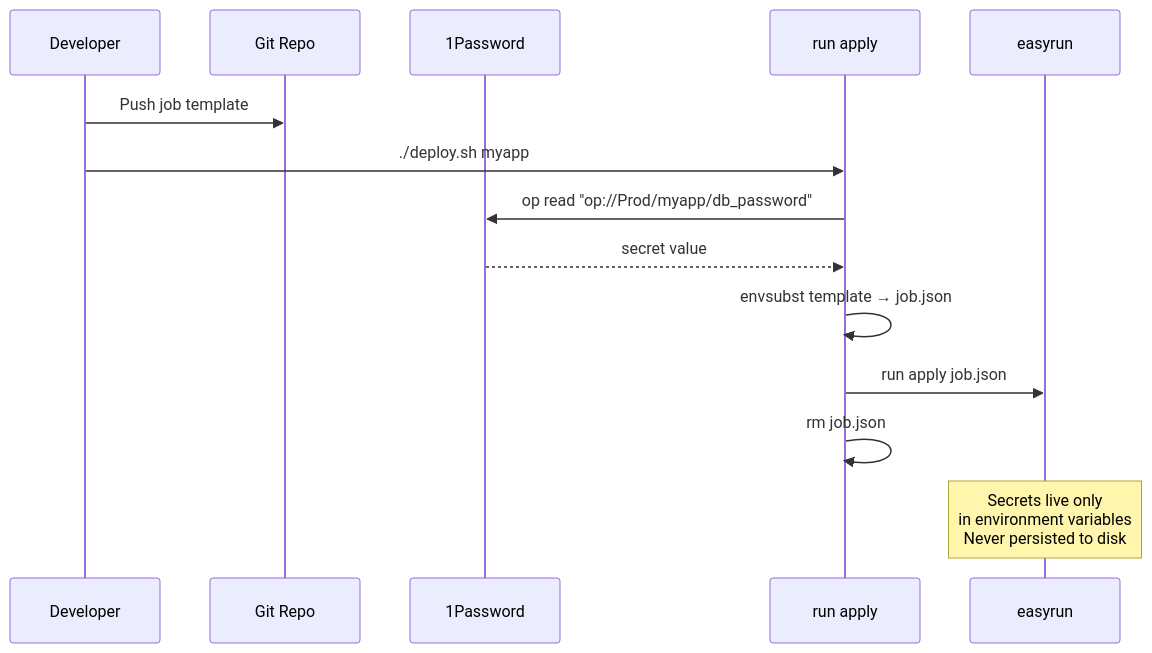
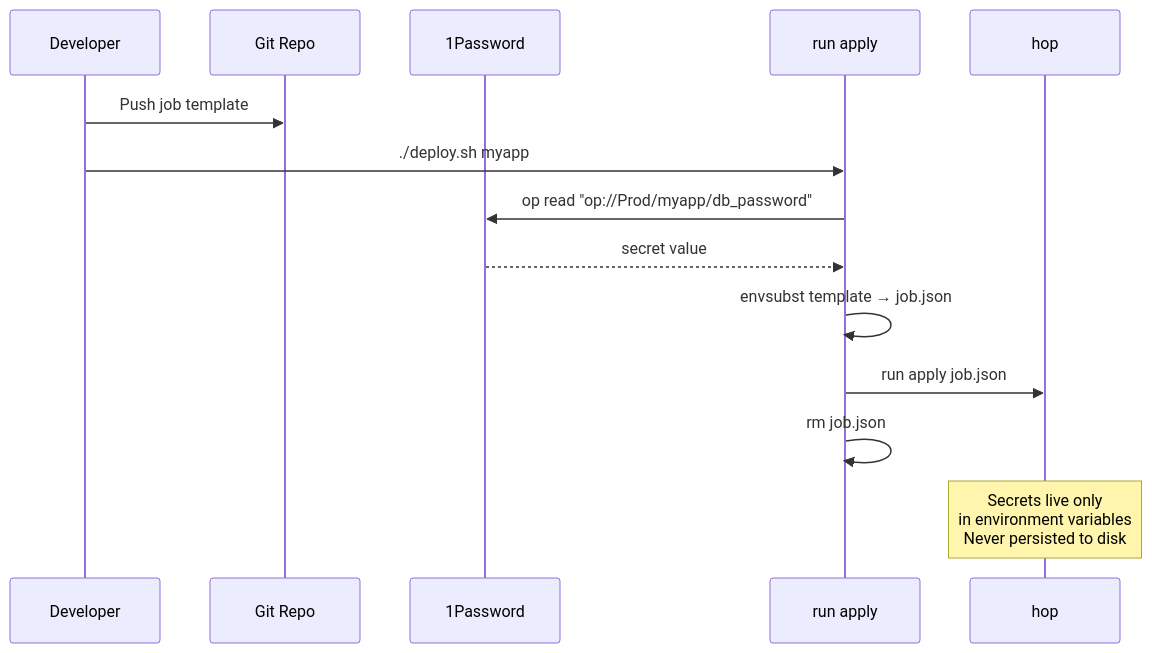
One commit to xinix00/easyrun changed the eighth of 11 diagrams in SECURITY.md. Above: the diagram before and after it, drawn with Mermaid. The commit also changed other lines of this file and 85 other files, not shown here.

First line of the commit message:
rebrand: easyrun → hop (Haas BV)

````diff
--- a/SECURITY.md
+++ b/SECURITY.md
@@ -223,17 +223,17 @@
 ```mermaid
 sequenceDiagram
     participant Dev as Developer
     participant Git as Git Repo
     participant OP as 1Password
     participant CLI as run apply
-    participant ER as easyrun
+    participant ER as hop
 
     Dev->>Git: Push job template
     Dev->>CLI: ./deploy.sh myapp
     CLI->>OP: op read "op://Prod/myapp/db_password"
     OP-->>CLI: secret value
     CLI->>CLI: envsubst template → job.json
     CLI->>ER: run apply job.json
     CLI->>CLI: rm job.json
     Note over ER: Secrets live only<br/>in environment variables<br/>Never persisted to disk
 ```
````
